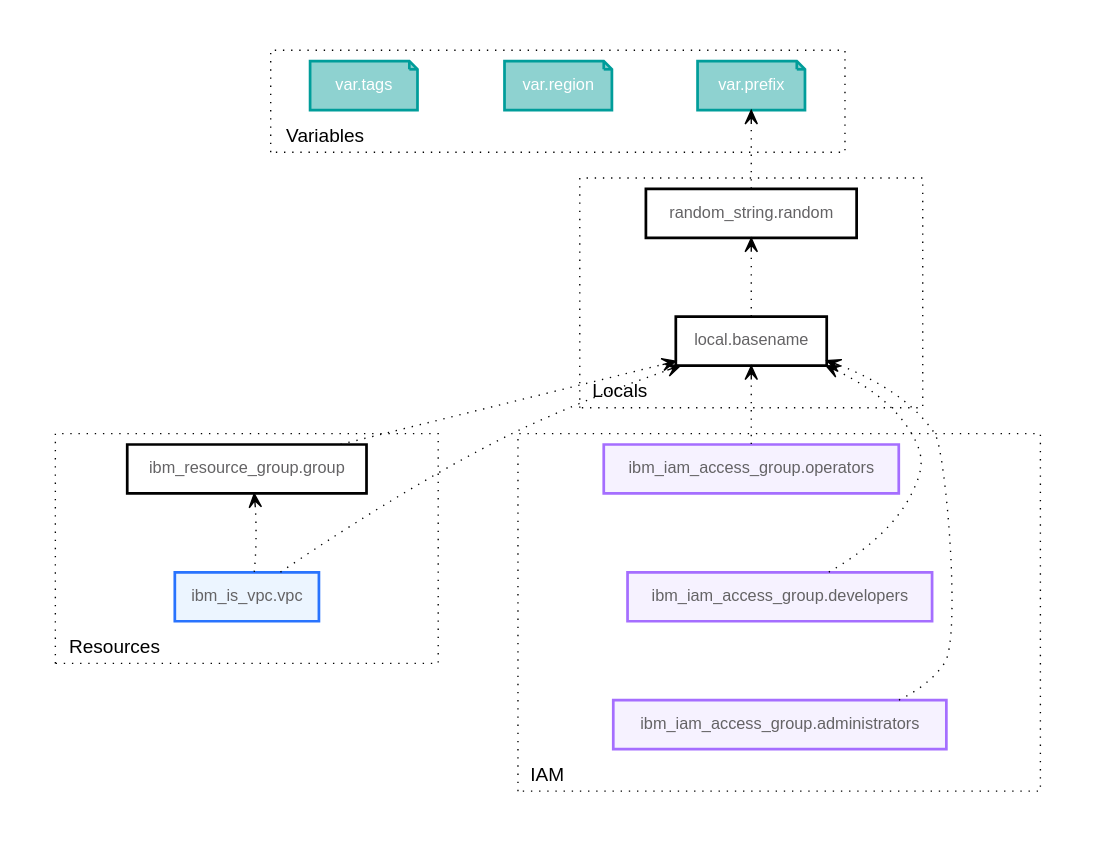
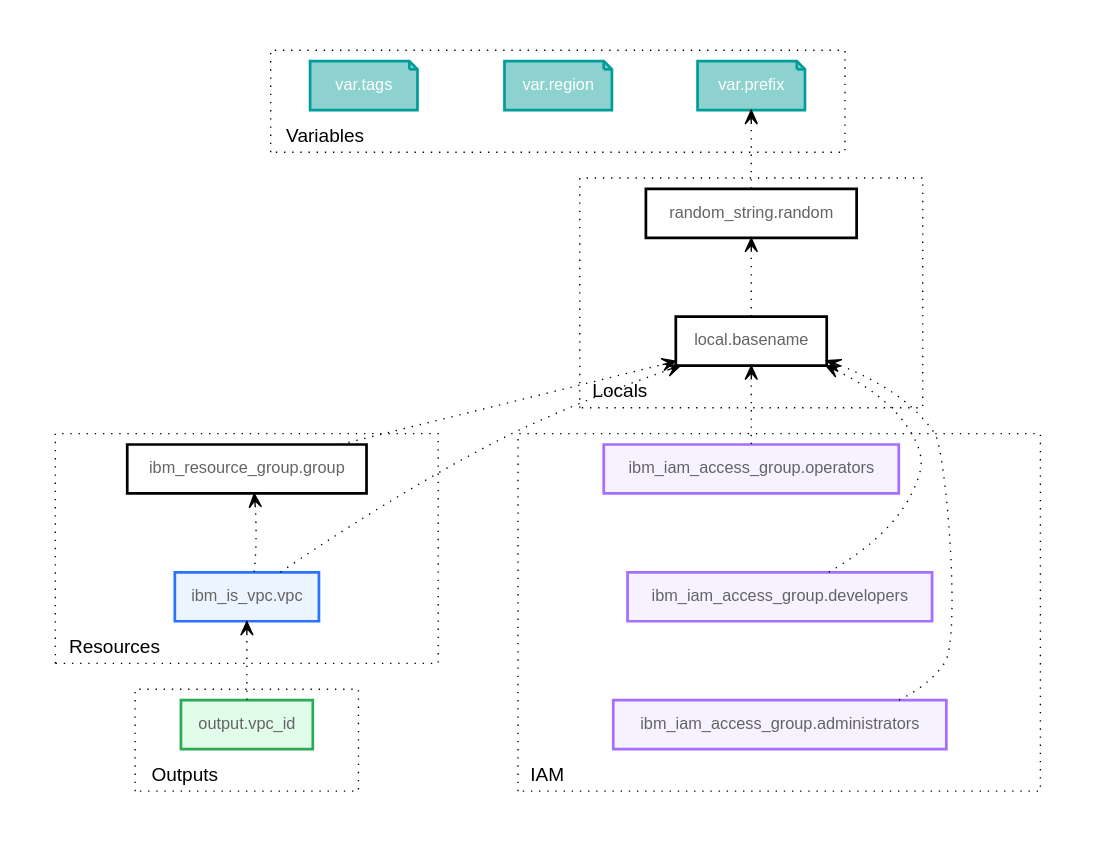
One commit to powellquiring/simple-da changed the diagram in graph.gv. Above: the diagram before and after it, drawn with Graphviz. The commit also changed 2 other files, not shown here.

Commit message:
add outputs in configuration

```diff
--- a/graph.gv
+++ b/graph.gv
@@ -1,107 +1,122 @@
 digraph G {
   graph [
     bgcolor="#FFFFFF",
     compound=true,
     fontname=helvetica,
     labeljust=l,
     pad=0.3,
     rankdir=BT,
     ranksep=0.8,
     ratio=0.75
   ];
 
   node [
     fontcolor="#646365",
     fontname=helvetica,
     fontsize=12,
     shape=box,
     width=1.1
     penwidth = 2
   ];
 
   edge [
     arrowhead=vee,
     color="#000000",
     fontcolor="#646365",
     fontname=helvetica,
     fontsize=8,
     style=dotted
   ];
 
   subgraph cluster_variables {
     label = "Variables"
-    style=dotted
+    style = dotted
 
     "[root] var.prefix" [label = "var.prefix", shape = "note"]
     "[root] var.region" [label = "var.region", shape = "note"]
     "[root] var.tags" [label = "var.tags", shape = "note"]
   }
 
   subgraph cluster_locals {
     label = "Locals"
-    style=dotted
+    style = dotted
 
     "[root] random_string.random (expand)" [label = "random_string.random", shape = "box"]
     "[root] local.basename (expand)" [ label = "local.basename" ]
   }
 
   subgraph cluster_vpc {
     label = "Resources"
-    style=dotted
+    style = dotted
 
     "[root] ibm_is_vpc.vpc (expand)" [ label = "ibm_is_vpc.vpc" ]
     "[root] ibm_resource_group.group (expand)" [label = "ibm_resource_group.group", shape = "box"]
 
     "[root] ibm_is_vpc.vpc (expand)" ->
     "[root] ibm_resource_group.group (expand)" [ style = "invis" ]
   }
 
   subgraph cluster_iam {
     label = "IAM"
-    style=dotted
+    style = dotted
 
     "[root] ibm_iam_access_group.administrators (expand)" [label = "ibm_iam_access_group.administrators", shape = "box"]
     "[root] ibm_iam_access_group.developers (expand)" [label = "ibm_iam_access_group.developers", shape = "box"]
     "[root] ibm_iam_access_group.operators (expand)" [label = "ibm_iam_access_group.operators", shape = "box"]
 
     "[root] ibm_iam_access_group.administrators (expand)" ->
     "[root] ibm_iam_access_group.developers (expand)" ->
     "[root] ibm_iam_access_group.operators (expand)" [ style = "invis" ]
   }
 
+  subgraph cluster_outputs {
+    label = "Outputs"
+    style = dotted
+
+    "[root] output.vpc_id (expand)" [ label = "output.vpc_id" ]
+  }
+
   "[root] ibm_iam_access_group.administrators (expand)" -> "[root] local.basename (expand)"
   "[root] ibm_iam_access_group.developers (expand)" -> "[root] local.basename (expand)"
   "[root] ibm_iam_access_group.operators (expand)" -> "[root] local.basename (expand)"
   "[root] ibm_is_vpc.vpc (expand)" -> "[root] ibm_resource_group.group (expand)"
   "[root] ibm_is_vpc.vpc (expand)" -> "[root] local.basename (expand)"
   "[root] ibm_resource_group.group (expand)" -> "[root] local.basename (expand)"
   "[root] local.basename (expand)" -> "[root] random_string.random (expand)"
   "[root] random_string.random (expand)" -> "[root] var.prefix"
+  "[root] output.vpc_id (expand)" -> "[root] ibm_is_vpc.vpc (expand)"
 
   "[root] var.prefix",
   "[root] var.region",
   "[root] var.tags"
   [
     fillcolor = "#8ed2d0"
     color = "#009d9a"
     style = "filled"
     fontcolor = "#ffffff"
   ]
 
   "[root] ibm_is_vpc.vpc (expand)"
   [
     shape = "box",
     style = "filled",
     fillcolor = "#ecf5ff"
     color = "#2973fe"
   ]
 
   "[root] ibm_iam_access_group.administrators (expand)",
   "[root] ibm_iam_access_group.developers (expand)",
   "[root] ibm_iam_access_group.operators (expand)"
   [
     style = "filled"
     fillcolor = "#f6f2ff"
     color = "#a56eff"
   ]
+
+  "[root] output.vpc_id (expand)"
+  [
+    style = "filled"
+    fillcolor = "#e2fcea"
+    color = "#2aaa54"
+  ]
 }
```
